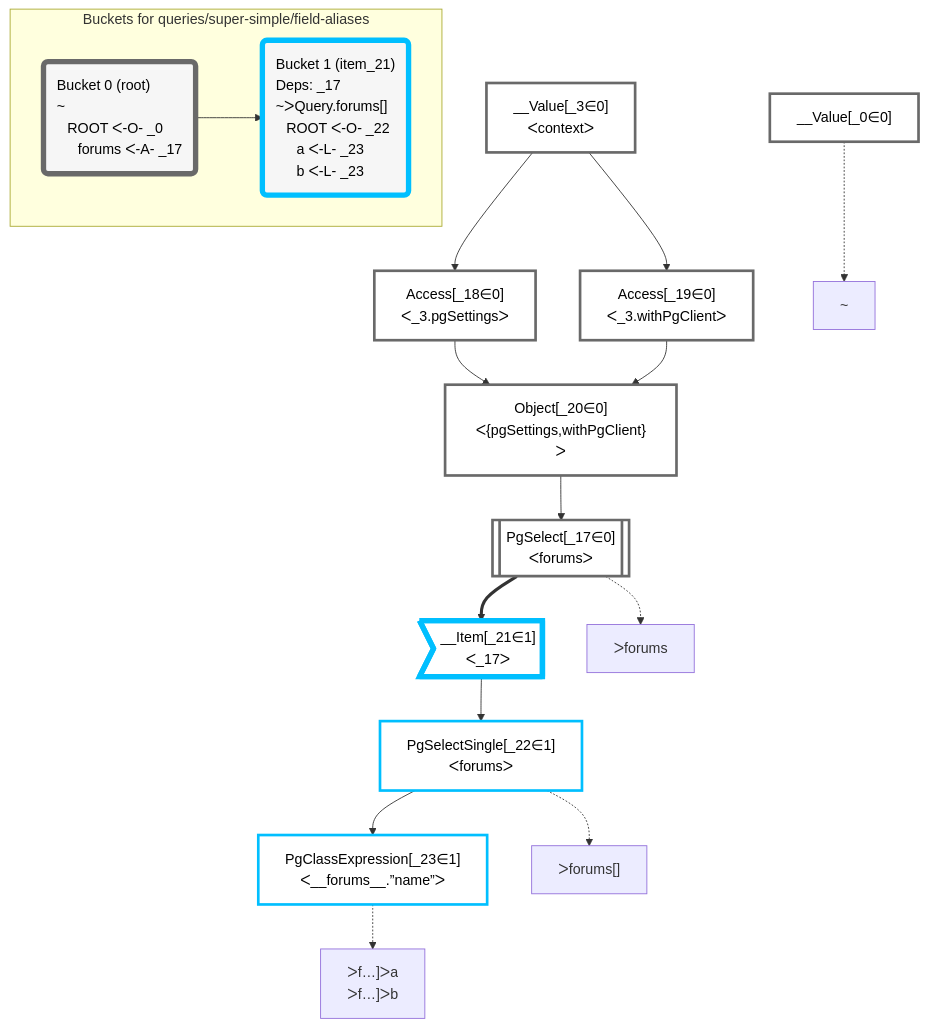
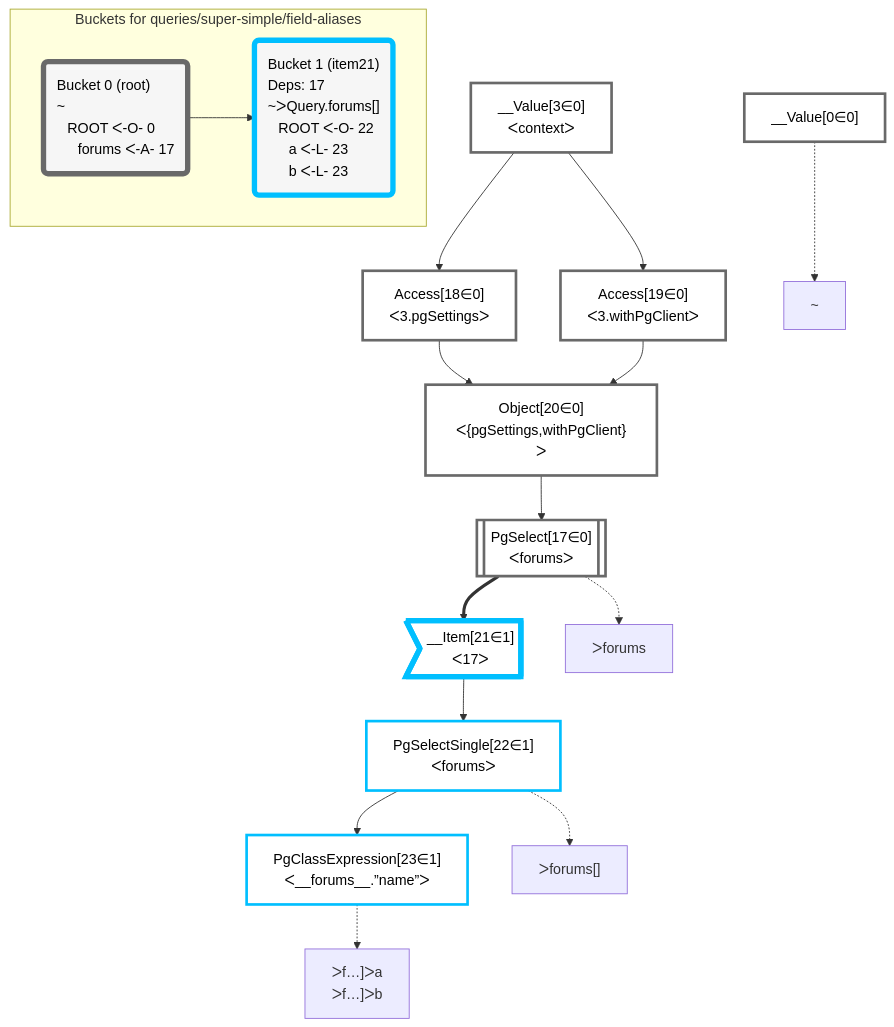
One commit to graphile/crystal changed the diagram in packages/dataplan-pg/__tests__/queries/super-simple/field-aliases.deopt.mermaid.md. Above: the diagram before and after it, drawn with Mermaid. The commit also changed 195 other files, not shown here.

````diff
--- a/packages/dataplan-pg/__tests__/queries/super-simple/field-aliases.deopt.mermaid.md
+++ b/packages/dataplan-pg/__tests__/queries/super-simple/field-aliases.deopt.mermaid.md
@@ -1,49 +1,49 @@
 ```mermaid
 graph TD
     classDef path fill:#eee,stroke:#000,color:#000
     classDef plan fill:#fff,stroke-width:3px,color:#000
     classDef itemplan fill:#fff,stroke-width:6px,color:#000
     classDef sideeffectplan fill:#f00,stroke-width:6px,color:#000
     classDef bucket fill:#f6f6f6,color:#000,stroke-width:6px,text-align:left
 
 
     %% define plans
-    __Value_0["__Value[_0∈0]"]:::plan
-    PgClassExpression_23["PgClassExpression[_23∈1]<br />ᐸ__forums__.”name”ᐳ"]:::plan
-    PgSelectSingle_22["PgSelectSingle[_22∈1]<br />ᐸforumsᐳ"]:::plan
-    __Item_21>"__Item[_21∈1]<br />ᐸ_17ᐳ"]:::itemplan
-    PgSelect_17[["PgSelect[_17∈0]<br />ᐸforumsᐳ"]]:::plan
-    Object_20["Object[_20∈0]<br />ᐸ{pgSettings,withPgClient}ᐳ"]:::plan
-    Access_18["Access[_18∈0]<br />ᐸ_3.pgSettingsᐳ"]:::plan
-    Access_19["Access[_19∈0]<br />ᐸ_3.withPgClientᐳ"]:::plan
-    __Value_3["__Value[_3∈0]<br />ᐸcontextᐳ"]:::plan
+    __Value0["__Value[0∈0]"]:::plan
+    PgClassExpression23["PgClassExpression[23∈1]<br />ᐸ__forums__.”name”ᐳ"]:::plan
+    PgSelectSingle22["PgSelectSingle[22∈1]<br />ᐸforumsᐳ"]:::plan
+    __Item21>"__Item[21∈1]<br />ᐸ17ᐳ"]:::itemplan
+    PgSelect17[["PgSelect[17∈0]<br />ᐸforumsᐳ"]]:::plan
+    Object20["Object[20∈0]<br />ᐸ{pgSettings,withPgClient}ᐳ"]:::plan
+    Access18["Access[18∈0]<br />ᐸ3.pgSettingsᐳ"]:::plan
+    Access19["Access[19∈0]<br />ᐸ3.withPgClientᐳ"]:::plan
+    __Value3["__Value[3∈0]<br />ᐸcontextᐳ"]:::plan
 
     %% plan dependencies
-    PgSelectSingle_22 --> PgClassExpression_23
-    __Item_21 --> PgSelectSingle_22
-    PgSelect_17 ==> __Item_21
-    Object_20 --> PgSelect_17
-    Access_18 & Access_19 --> Object_20
-    __Value_3 --> Access_18
-    __Value_3 --> Access_19
+    PgSelectSingle22 --> PgClassExpression23
+    __Item21 --> PgSelectSingle22
+    PgSelect17 ==> __Item21
+    Object20 --> PgSelect17
+    Access18 & Access19 --> Object20
+    __Value3 --> Access18
+    __Value3 --> Access19
 
     %% plan-to-path relationships
-    P_0["~"]
-    __Value_0 -.-> P_0
-    P_17["ᐳforums"]
-    PgSelect_17 -.-> P_17
-    P_22["ᐳforums[]"]
-    PgSelectSingle_22 -.-> P_22
-    P_23["ᐳf…]ᐳa<br />ᐳf…]ᐳb"]
-    PgClassExpression_23 -.-> P_23
+    P0["~"]
+    __Value0 -.-> P0
+    P17["ᐳforums"]
+    PgSelect17 -.-> P17
+    P22["ᐳforums[]"]
+    PgSelectSingle22 -.-> P22
+    P23["ᐳf…]ᐳa<br />ᐳf…]ᐳb"]
+    PgClassExpression23 -.-> P23
 
     subgraph "Buckets for queries/super-simple/field-aliases"
-    Bucket0("Bucket 0 (root)<br />~<br />⠀ROOT ᐸ-O- _0<br />⠀⠀forums ᐸ-A- _17"):::bucket
+    Bucket0("Bucket 0 (root)<br />~<br />⠀ROOT ᐸ-O- 0<br />⠀⠀forums ᐸ-A- 17"):::bucket
     classDef bucket0 stroke:#696969
-    class Bucket0,__Value_0,__Value_3,PgSelect_17,Access_18,Access_19,Object_20 bucket0
-    Bucket1("Bucket 1 (item_21)<br />Deps: _17<br />~ᐳQuery.forums[]<br />⠀ROOT ᐸ-O- _22<br />⠀⠀a ᐸ-L- _23<br />⠀⠀b ᐸ-L- _23"):::bucket
+    class Bucket0,__Value0,__Value3,PgSelect17,Access18,Access19,Object20 bucket0
+    Bucket1("Bucket 1 (item21)<br />Deps: 17<br />~ᐳQuery.forums[]<br />⠀ROOT ᐸ-O- 22<br />⠀⠀a ᐸ-L- 23<br />⠀⠀b ᐸ-L- 23"):::bucket
     classDef bucket1 stroke:#00bfff
-    class Bucket1,__Item_21,PgSelectSingle_22,PgClassExpression_23 bucket1
+    class Bucket1,__Item21,PgSelectSingle22,PgClassExpression23 bucket1
     Bucket0 --> Bucket1
     end
 ```
````
